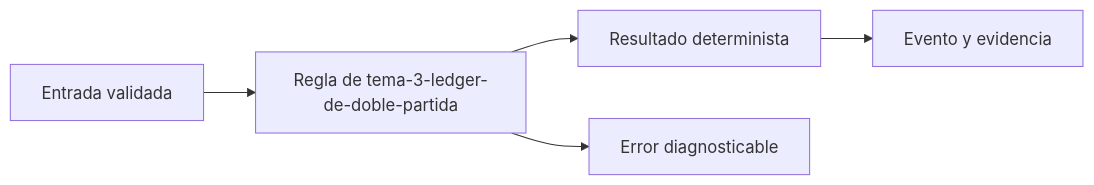
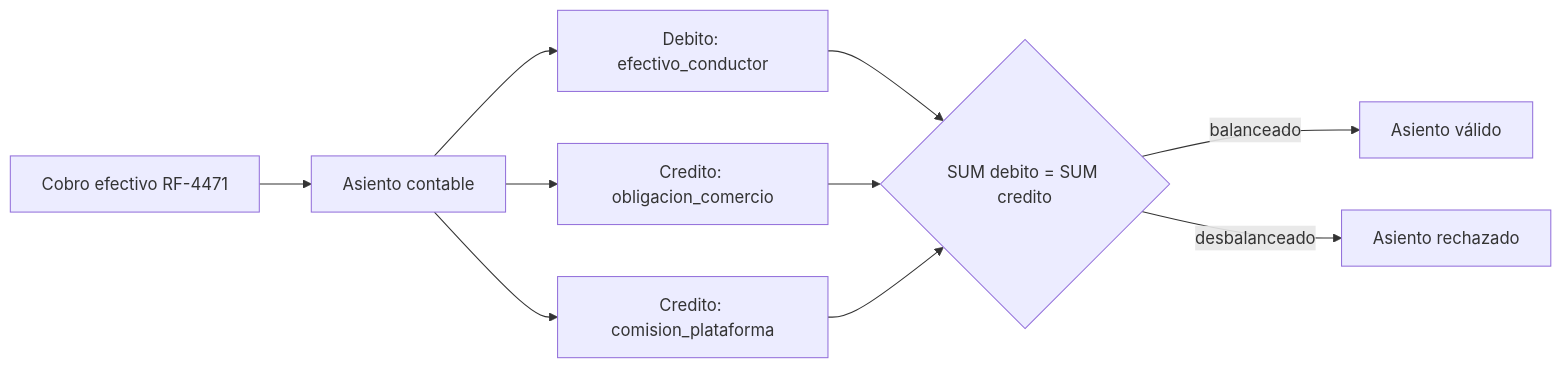
One commit to NICORUIZ93/Academia_Floci changed the sixth of 6 diagrams in web/public/content/rutaflow/modulo-1.md. Above: the diagram before and after it, drawn with Mermaid. The commit also changed other lines of this file and 56 other files, not shown here.

````diff
--- a/web/public/content/rutaflow/modulo-1.md
+++ b/web/public/content/rutaflow/modulo-1.md
@@ -222,7 +272,12 @@
 ```mermaid
 flowchart LR
-  A[Entrada validada] --> B[Regla de tema-3-ledger-de-doble-partida]
-  B --> C[Resultado determinista]
-  C --> D[Evento y evidencia]
-  B --> E[Error diagnosticable]
+  A[Cobro efectivo RF-4471] --> B[Asiento contable]
+  B --> C[Debito: efectivo_conductor]
+  B --> D[Credito: obligacion_comercio]
+  B --> E[Credito: comision_plataforma]
+  C --> F{SUM debito = SUM credito}
+  D --> F
+  E --> F
+  F -->|balanceado| G[Asiento válido]
+  F -->|desbalanceado| H[Asiento rechazado]
 ```
````
